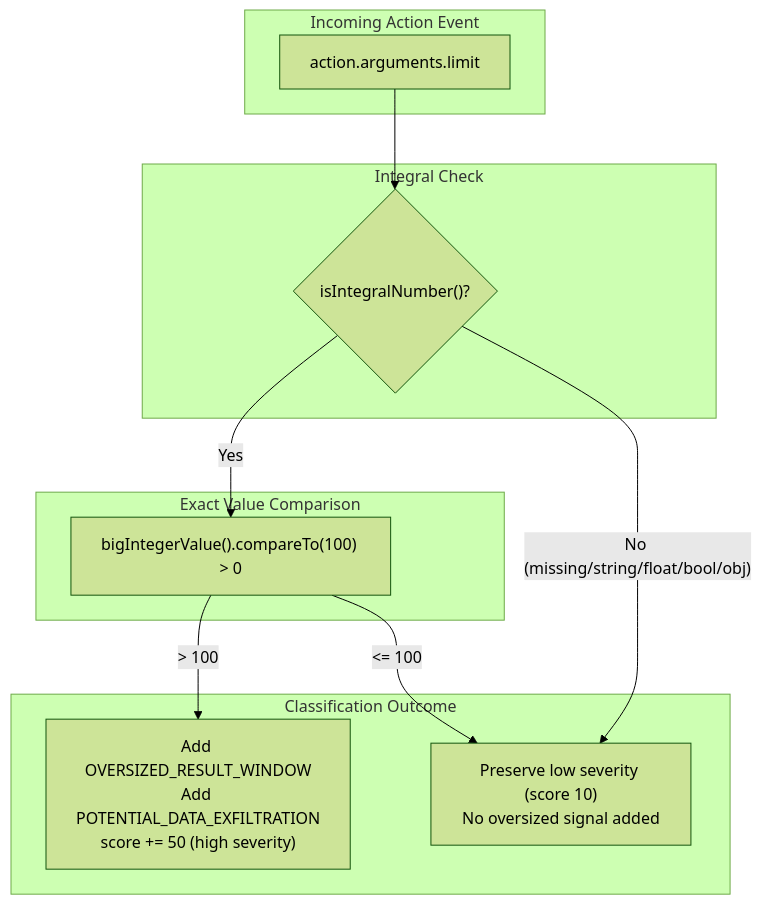
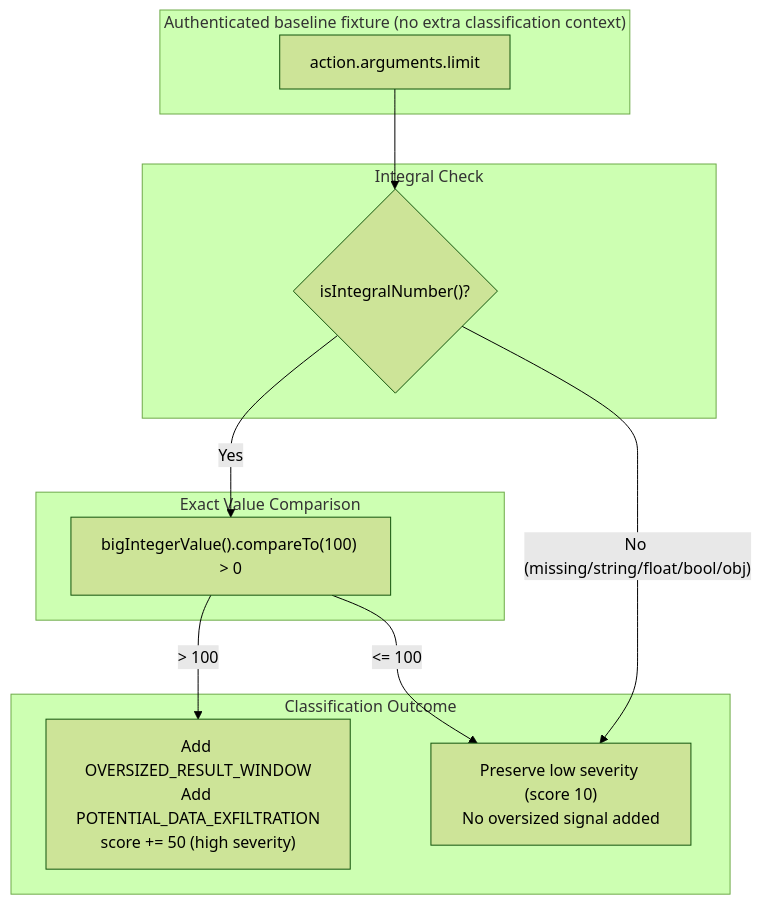
One commit to hemantkgupta/tracepermit changed the diagram in docs/runbooks/log-window-classification.md. Above: the diagram before and after it, drawn with Mermaid (forest theme). The commit also changed other lines of this file and 5 other files, not shown here.

````diff
--- a/docs/runbooks/log-window-classification.md
+++ b/docs/runbooks/log-window-classification.md
@@ -76,25 +85,25 @@
 ```mermaid
 flowchart TD
-  subgraph Input ["Incoming Action Event"]
+  subgraph Input ["Authenticated baseline fixture (no extra classification context)"]
     ARG["action.arguments.limit"]
   end
 
   subgraph TypeCheck ["Integral Check"]
     IS_INT{"isIntegralNumber()?"}
   end
 
   subgraph ValueCheck ["Exact Value Comparison"]
     EXACT["bigIntegerValue().compareTo(100) > 0"]
   end
 
   subgraph Signals ["Classification Outcome"]
     OVER["Add OVERSIZED_RESULT_WINDOW<br/>Add POTENTIAL_DATA_EXFILTRATION<br/>score += 50 (high severity)"]
     NORM["Preserve low severity (score 10)<br/>No oversized signal added"]
   end
 
   ARG --> IS_INT
   IS_INT -- Yes --> EXACT
   IS_INT -- No (missing/string/float/bool/obj) --> NORM
   EXACT -- "> 100" --> OVER
   EXACT -- "<= 100" --> NORM
 ```
````
